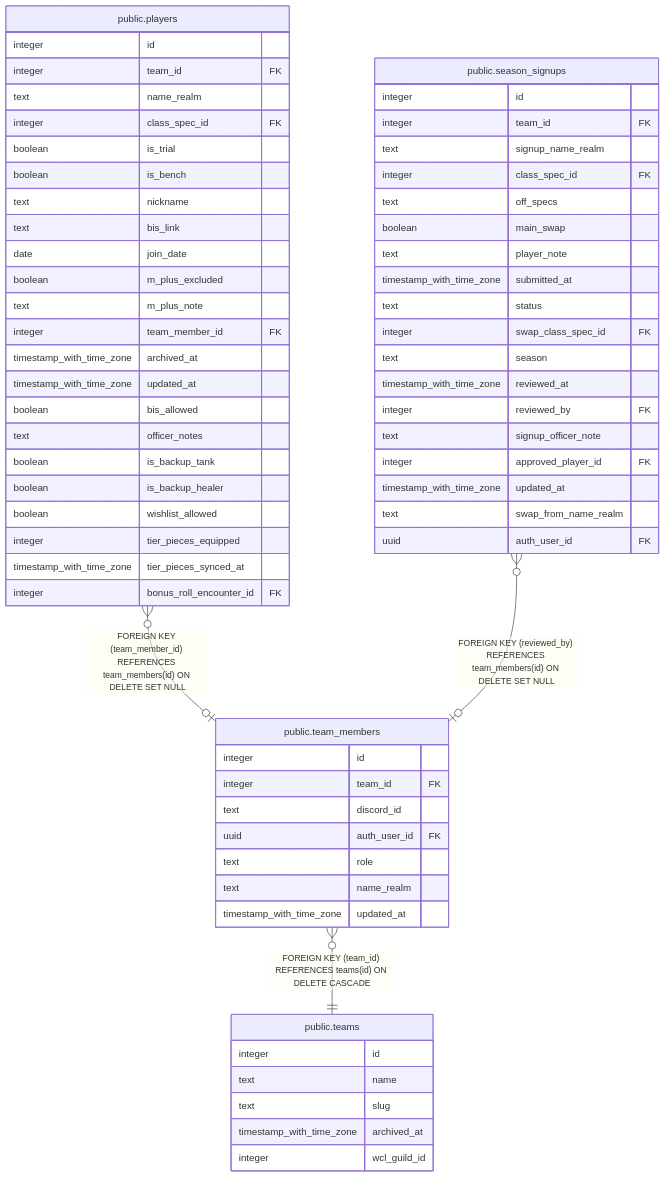
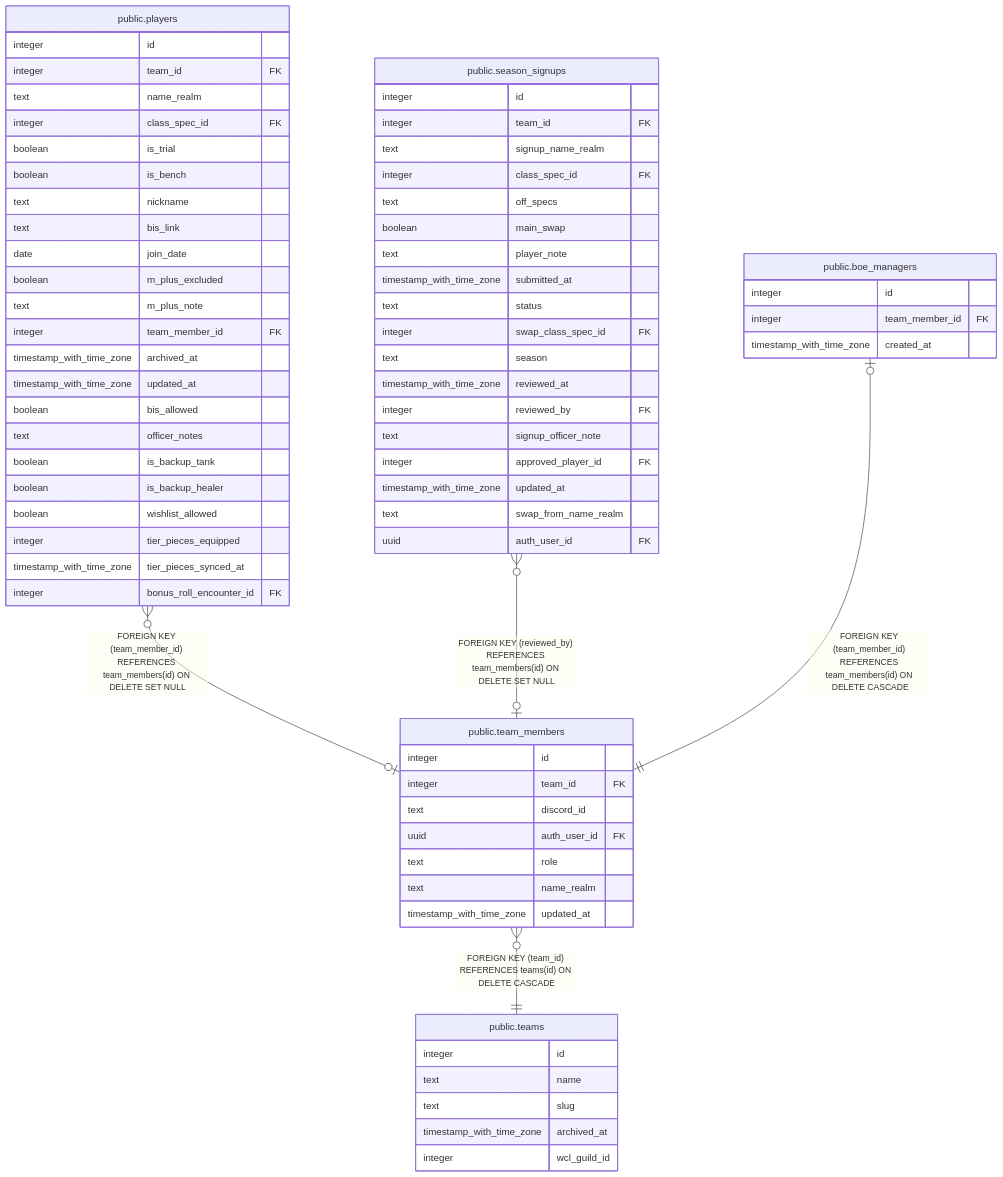
Before and after one commit to katogaming88/Phoenix-Roster: the diagram in dbdoc/public.team_members.md, drawn with Mermaid. The commit also changed other lines of this file and 23 other files, not shown here.

First line of the commit message:
Add the BoE tracker backend: schema, lifecycle RPCs, and RLS (#753)

````diff
--- a/dbdoc/public.team_members.md
+++ b/dbdoc/public.team_members.md
@@ -40,68 +40,74 @@
 ```mermaid
 erDiagram
 
 "public.players" }o--o| "public.team_members" : "FOREIGN KEY (team_member_id) REFERENCES team_members(id) ON DELETE SET NULL"
 "public.season_signups" }o--o| "public.team_members" : "FOREIGN KEY (reviewed_by) REFERENCES team_members(id) ON DELETE SET NULL"
+"public.boe_managers" |o--|| "public.team_members" : "FOREIGN KEY (team_member_id) REFERENCES team_members(id) ON DELETE CASCADE"
 "public.team_members" }o--|| "public.teams" : "FOREIGN KEY (team_id) REFERENCES teams(id) ON DELETE CASCADE"
 
 "public.team_members" {
   integer id
   integer team_id FK
   text discord_id
   uuid auth_user_id FK
   text role
   text name_realm
   timestamp_with_time_zone updated_at
 }
 "public.players" {
   integer id
   integer team_id FK
   text name_realm
   integer class_spec_id FK
   boolean is_trial
   boolean is_bench
   text nickname
   text bis_link
   date join_date
   boolean m_plus_excluded
   text m_plus_note
   integer team_member_id FK
   timestamp_with_time_zone archived_at
   timestamp_with_time_zone updated_at
   boolean bis_allowed
   text officer_notes
   boolean is_backup_tank
   boolean is_backup_healer
   boolean wishlist_allowed
   integer tier_pieces_equipped
   timestamp_with_time_zone tier_pieces_synced_at
   integer bonus_roll_encounter_id FK
 }
 "public.season_signups" {
   integer id
   integer team_id FK
   text signup_name_realm
   integer class_spec_id FK
   text off_specs
   boolean main_swap
   text player_note
   timestamp_with_time_zone submitted_at
   text status
   integer swap_class_spec_id FK
   text season
   timestamp_with_time_zone reviewed_at
   integer reviewed_by FK
   text signup_officer_note
   integer approved_player_id FK
   timestamp_with_time_zone updated_at
   text swap_from_name_realm
   uuid auth_user_id FK
 }
+"public.boe_managers" {
+  integer id
+  integer team_member_id FK
+  timestamp_with_time_zone created_at
+}
 "public.teams" {
   integer id
   text name
   text slug
   timestamp_with_time_zone archived_at
   integer wcl_guild_id
 }
 ```
````
